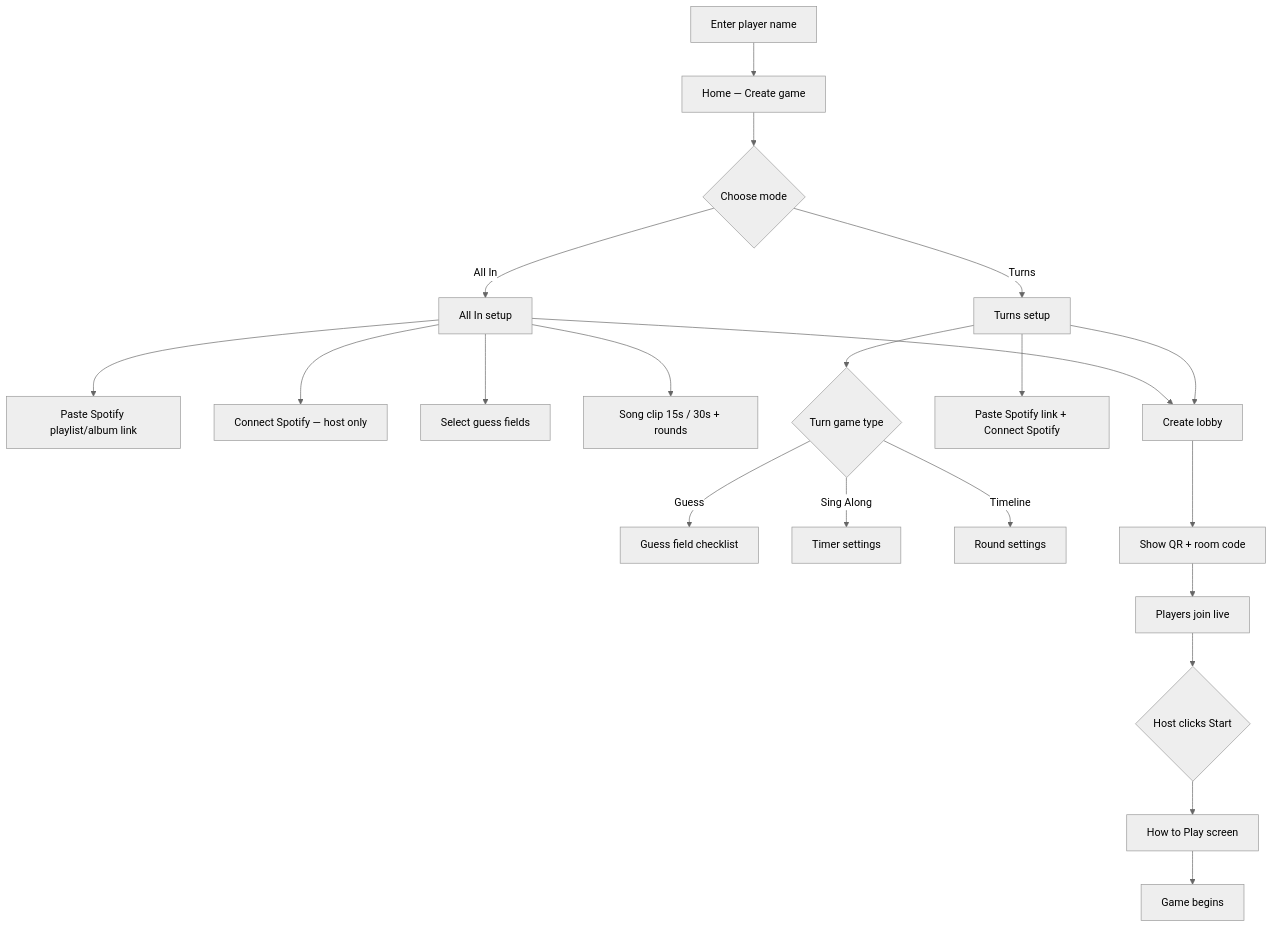
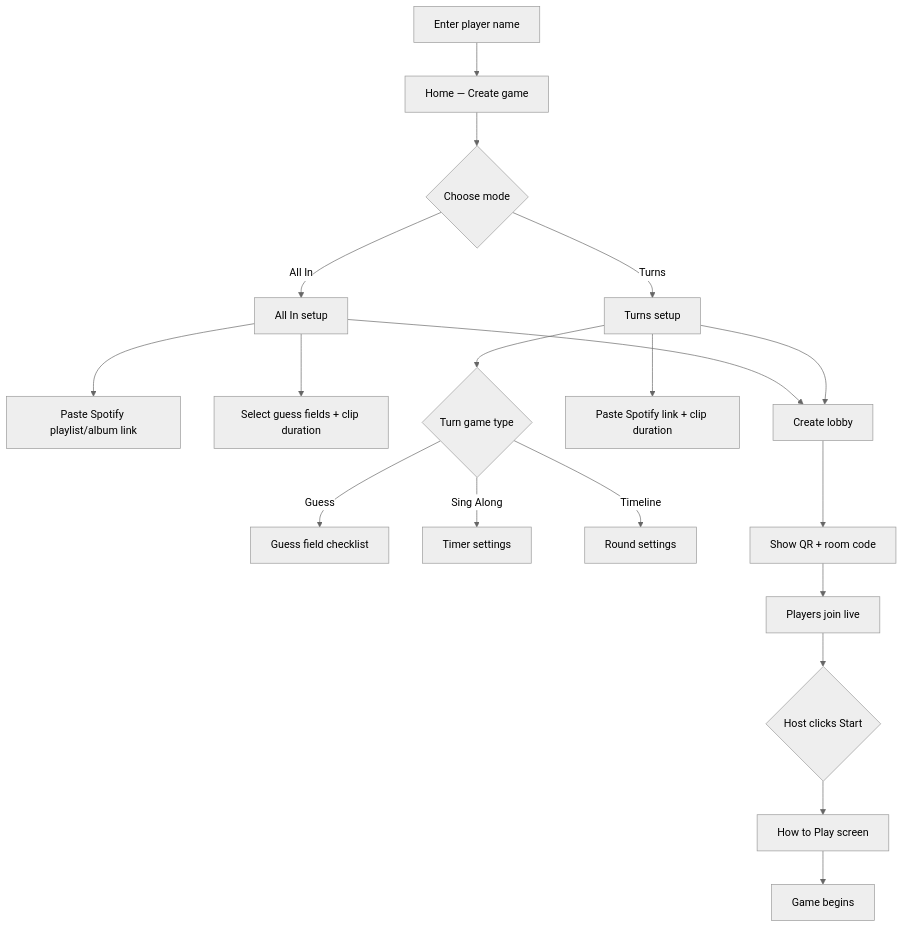
Before and after one commit to samirr2502/spot-the-song: the second of 7 diagrams in docs/SCREEN_FLOW.md, drawn with Mermaid (neutral theme). The commit also changed other lines of this file and 71 other files, not shown here.

````diff
--- a/docs/SCREEN_FLOW.md
+++ b/docs/SCREEN_FLOW.md
@@ -34,23 +37,21 @@
 ```mermaid
 flowchart TD
   A[Enter player name] --> B[Home — Create game]
   B --> C{Choose mode}
   C -->|All In| D[All In setup]
   C -->|Turns| E[Turns setup]
   D --> D1[Paste Spotify playlist/album link]
-  D --> D1b[Connect Spotify — host only]
-  D --> D2[Select guess fields]
-  D --> D3[Song clip 15s / 30s + rounds]
+  D --> D2[Select guess fields + clip duration]
   D --> F[Create lobby]
-  E --> E1[Paste Spotify link + Connect Spotify]
+  E --> E1[Paste Spotify link + clip duration]
   E --> E2{Turn game type}
   E2 -->|Guess| E3[Guess field checklist]
   E2 -->|Sing Along| E4[Timer settings]
   E2 -->|Timeline| E5[Round settings]
   E --> F
   F --> G[Show QR + room code]
   G --> H[Players join live]
   H --> I{Host clicks Start}
   I --> J[How to Play screen]
   J --> K[Game begins]
 ```
````
